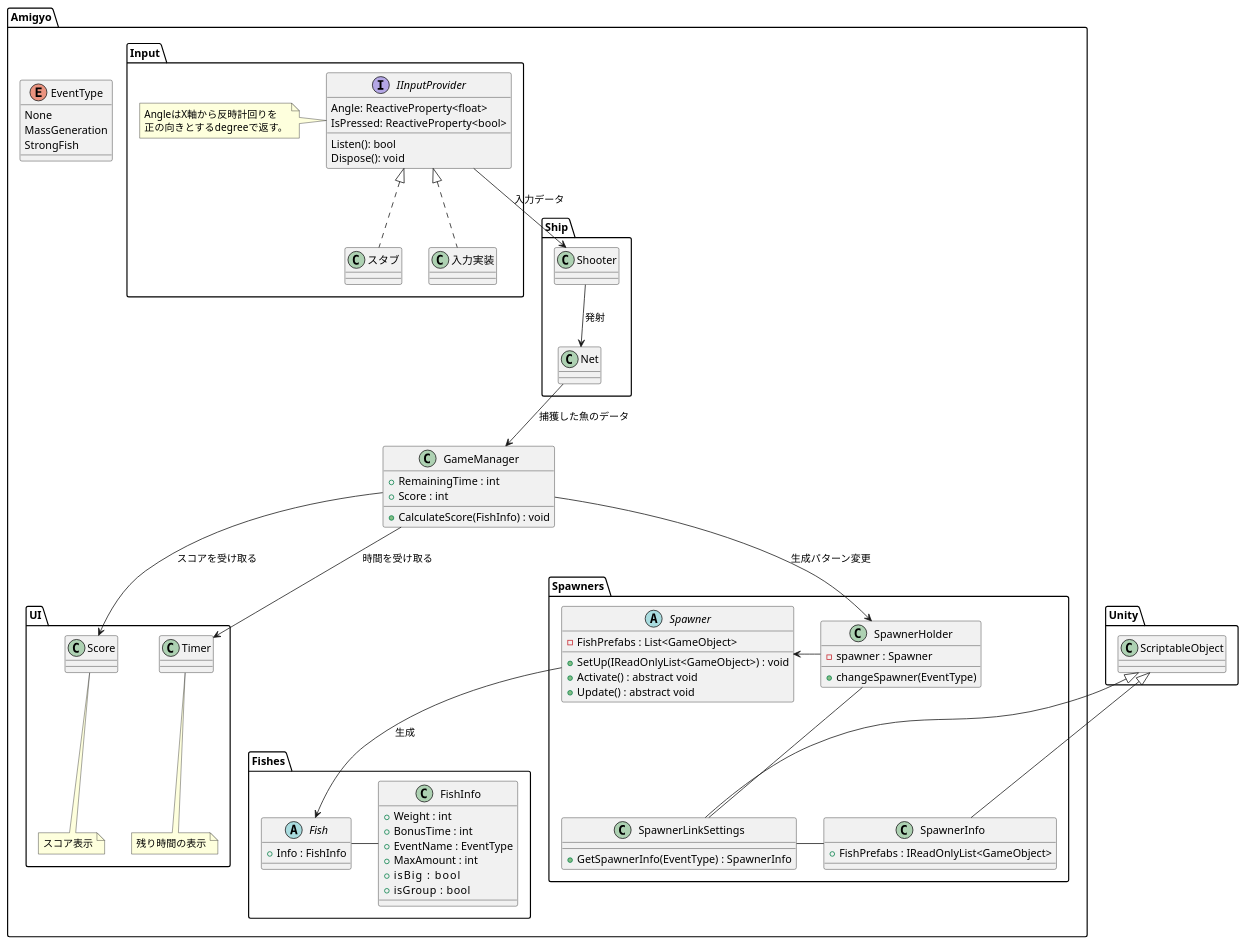
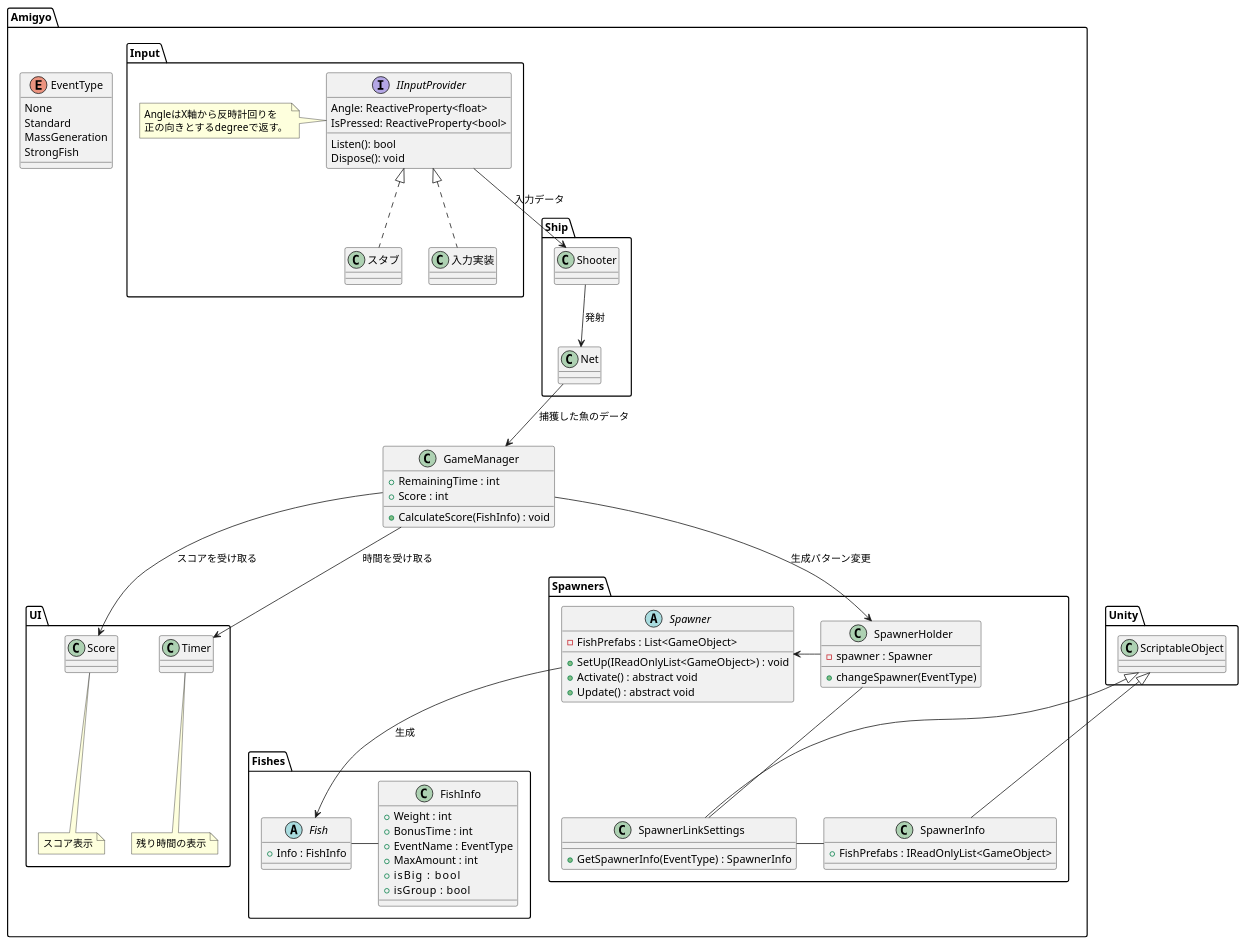
Before and after one commit to pumpkin1126/ami-gyo: the diagram in docs/ソフトウェアクラス図.plantuml, drawn with PlantUML. The commit also changed 5 other files, not shown here.

```diff
--- a/docs/ソフトウェアクラス図.plantuml
+++ b/docs/ソフトウェアクラス図.plantuml
@@ -1,112 +1,113 @@
 @startuml Amigyo-class
 
 nameSpace Unity{
     class ScriptableObject{
 
     }
 }
 
 namespace Amigyo {
 
     namespace Input {
         interface IInputProvider {
             Angle: ReactiveProperty<float>
             IsPressed: ReactiveProperty<bool>
             Listen(): bool
             Dispose(): void
         }
         note left
         AngleはX軸から反時計回りを
         正の向きとするdegreeで返す。
         end note
 
         IInputProvider <|.. 入力実装
         IInputProvider <|.. スタブ
     }
 
     namespace Spawners{
         class SpawnerHolder{
             - spawner : Spawner
             + changeSpawner(EventType)
         }
 
         abstract class Spawner{
             - FishPrefabs : List<GameObject>
             + SetUp(IReadOnlyList<GameObject>) : void
             + Activate() : abstract void
             + Update() : abstract void
         }
 
         class SpawnerLinkSettings{
             + GetSpawnerInfo(EventType) : SpawnerInfo
         }
 
         class SpawnerInfo{
             + FishPrefabs : IReadOnlyList<GameObject>
         }
 
         SpawnerHolder -> Spawner
         SpawnerHolder -- SpawnerLinkSettings
         SpawnerLinkSettings - SpawnerInfo
         Unity.ScriptableObject <|-- SpawnerLinkSettings
         Unity.ScriptableObject <|-- SpawnerInfo
     }
 
     namespace Fishes{
         class FishInfo{
             + Weight : int
             + BonusTime : int
             + EventName : EventType
             + MaxAmount : int
             + isBig     : bool
             + isGroup   : bool
         }
 
         abstract class Fish{
             + Info : FishInfo
         }
     }
 
     class GameManager{
         + RemainingTime : int
         + Score : int
         + CalculateScore(FishInfo) : void
     }
 
     enum EventType{
         None
+        Standard
         MassGeneration
         StrongFish
     }
 
     namespace UI{
 
         class Timer{
 
         }
         note bottom : 残り時間の表示
 
         class Score{
 
         }
         note bottom : スコア表示
     }
 
     namespace Ship{
         class Shooter{
 
         }
         class Net
 
         Shooter --> Net : 発射
     }
 
     GameManager --> Amigyo.UI.Timer : 時間を受け取る
     GameManager --> Amigyo.UI.Score : スコアを受け取る
     GameManager --> Amigyo.Spawners.SpawnerHolder : 生成パターン変更
     Amigyo.Ship.Net --> GameManager : 捕獲した魚のデータ
     Amigyo.Input.IInputProvider --> Amigyo.Ship.Shooter : 入力データ
     Amigyo.Spawners.Spawner --> Amigyo.Fishes.Fish : 生成
     Amigyo.Fishes.Fish - Amigyo.Fishes.FishInfo
 }
 @enduml
```
